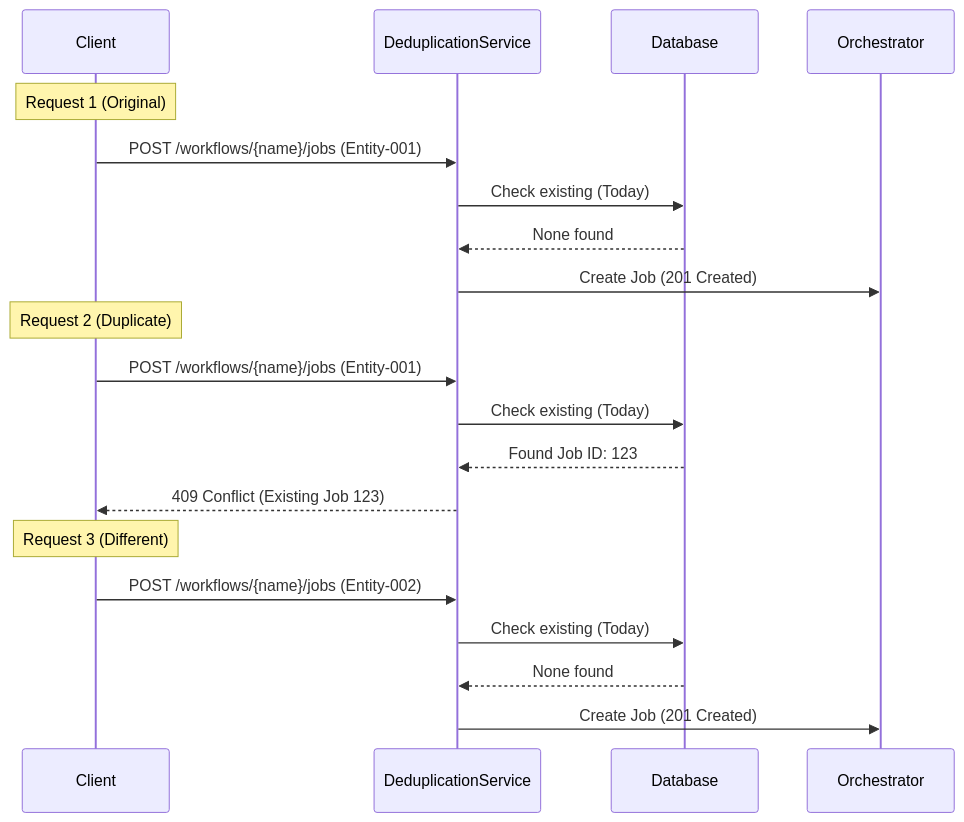
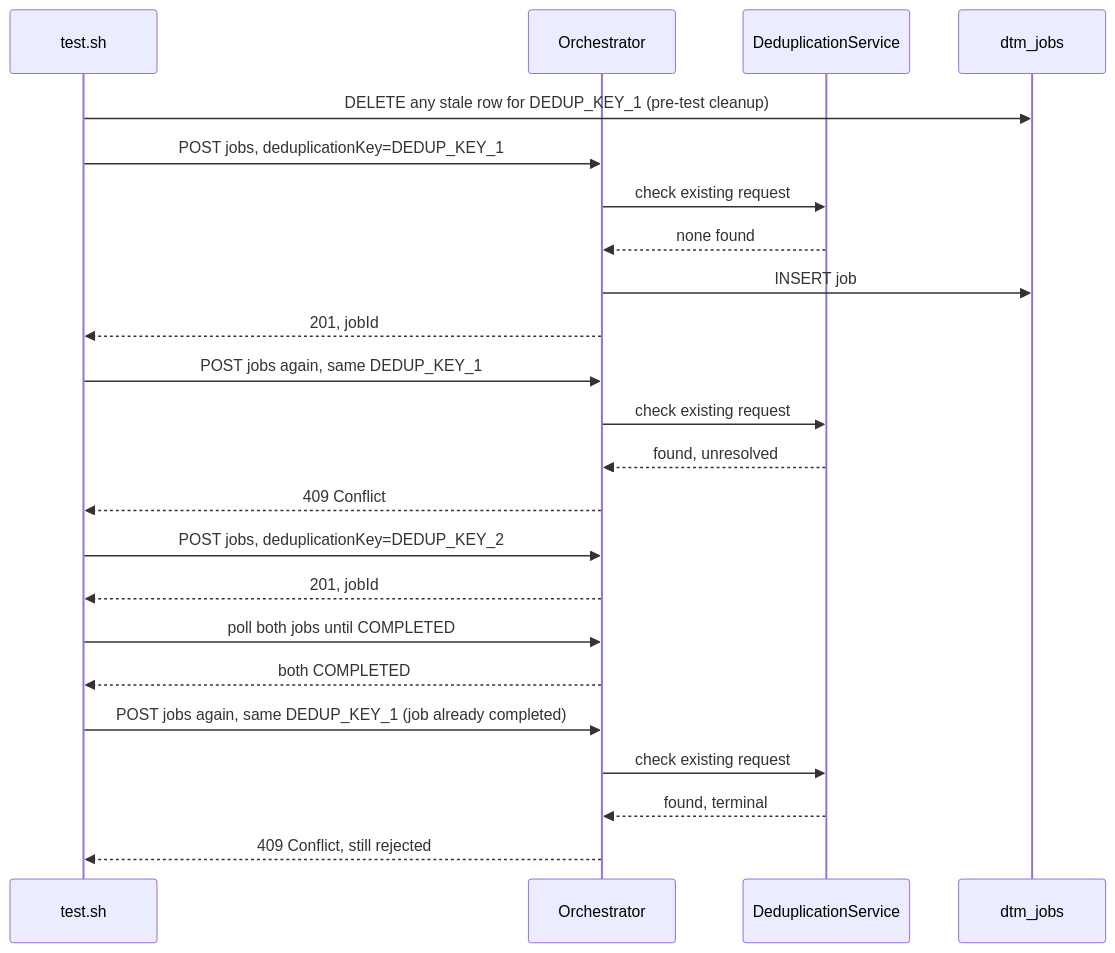
The diagram in setpoint-evals/SE-03-deduplication/README.md (inctasoft/setpoint-evals-dtm-examples), drawn with Mermaid before and after one commit. The commit also changed other lines of this file and 12 other files, not shown here.

````diff
--- a/setpoint-evals/SE-03-deduplication/README.md
+++ b/setpoint-evals/SE-03-deduplication/README.md
@@ -19,25 +23,30 @@
 ```mermaid
 sequenceDiagram
-    participant Client
-    participant DEDUP as DeduplicationService
-    participant DB as Database
-    participant ORCH as Orchestrator
+    participant T as test.sh
+    participant O as Orchestrator
+    participant D as DeduplicationService
+    participant DB as dtm_jobs
 
-    Note over Client: Request 1 (Original)
-    Client->>DEDUP: POST /workflows/{name}/jobs (Entity-001)
-    DEDUP->>DB: Check existing (Today)
-    DB-->>DEDUP: None found
-    DEDUP->>ORCH: Create Job (201 Created)
+    T->>DB: DELETE any stale row for DEDUP_KEY_1 (pre-test cleanup)
+    T->>O: POST jobs, deduplicationKey=DEDUP_KEY_1
+    O->>D: check existing request
+    D-->>O: none found
+    O->>DB: INSERT job
+    O-->>T: 201, jobId
 
-    Note over Client: Request 2 (Duplicate)
-    Client->>DEDUP: POST /workflows/{name}/jobs (Entity-001)
-    DEDUP->>DB: Check existing (Today)
-    DB-->>DEDUP: Found Job ID: 123
-    DEDUP-->>Client: 409 Conflict (Existing Job 123)
+    T->>O: POST jobs again, same DEDUP_KEY_1
+    O->>D: check existing request
+    D-->>O: found, unresolved
+    O-->>T: 409 Conflict
 
-    Note over Client: Request 3 (Different)
-    Client->>DEDUP: POST /workflows/{name}/jobs (Entity-002)
-    DEDUP->>DB: Check existing (Today)
-    DB-->>DEDUP: None found
-    DEDUP->>ORCH: Create Job (201 Created)
+    T->>O: POST jobs, deduplicationKey=DEDUP_KEY_2
+    O-->>T: 201, jobId
+
+    T->>O: poll both jobs until COMPLETED
+    O-->>T: both COMPLETED
+
+    T->>O: POST jobs again, same DEDUP_KEY_1 (job already completed)
+    O->>D: check existing request
+    D-->>O: found, terminal
+    O-->>T: 409 Conflict, still rejected
 ```
````
